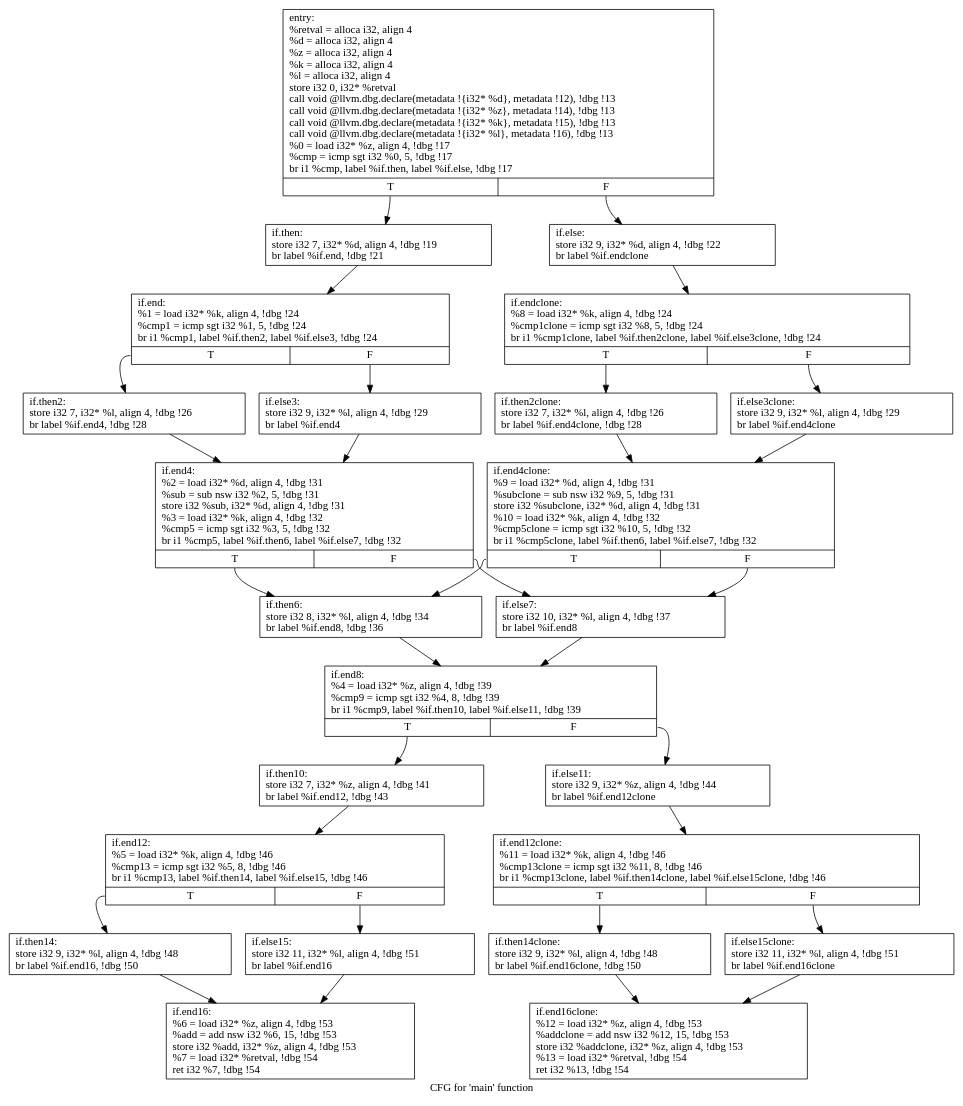
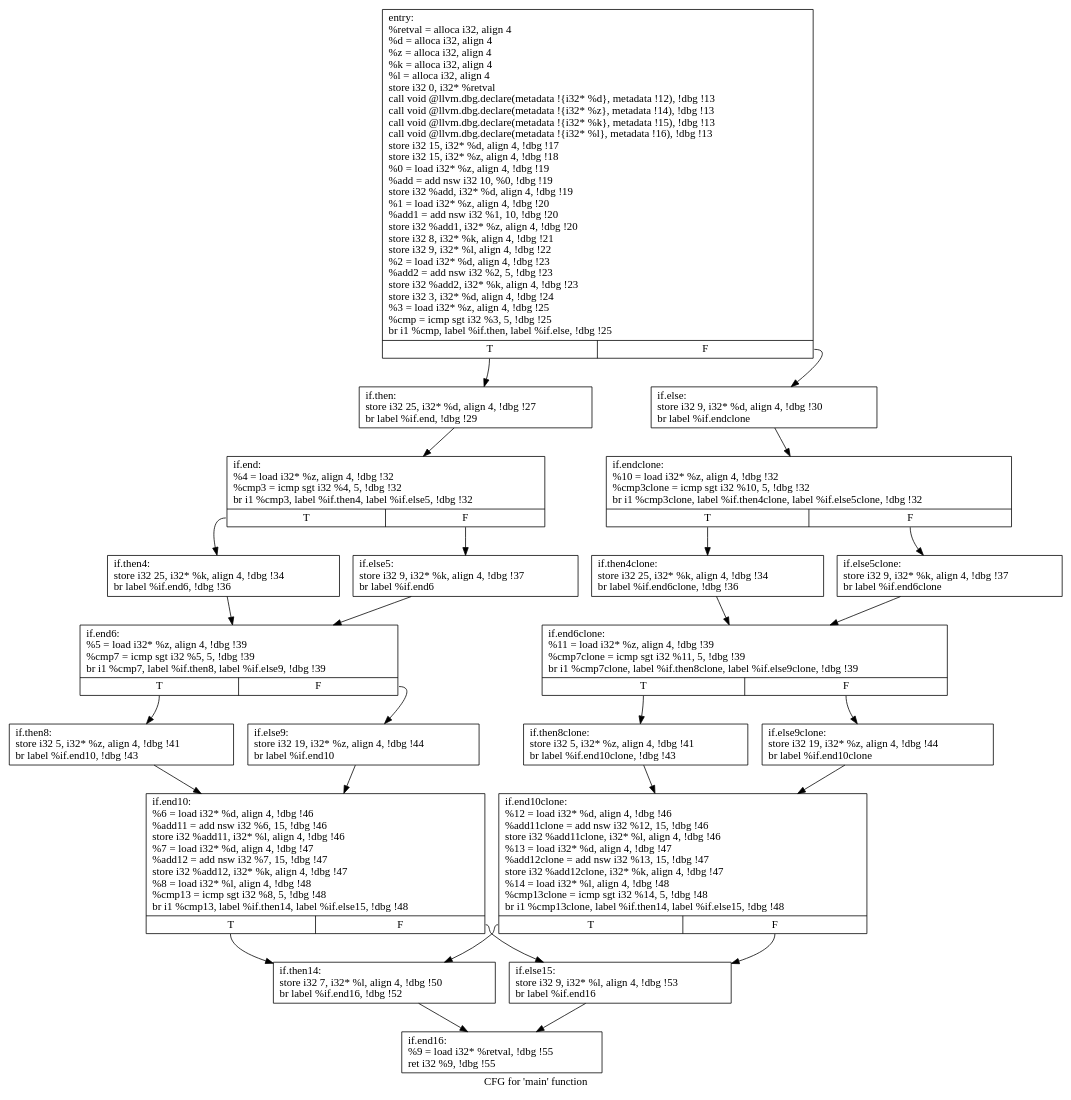
Before and after one commit to ddr2108/CS6241-Array_Bounding: the diagram in Work/Pass/Part 3/cfg.main.dot, drawn with Graphviz. The commit also changed 4 other files, not shown here.

```diff
--- a/Work/Pass/Part 3/cfg.main.dot
+++ b/Work/Pass/Part 3/cfg.main.dot
@@ -1,58 +1,50 @@
 digraph "CFG for 'main' function" {
 	label="CFG for 'main' function";
 
-	Node0x2241170 [shape=record,label="{entry:\l  %retval = alloca i32, align 4\l  %d = alloca i32, align 4\l  %z = alloca i32, align 4\l  %k = alloca i32, align 4\l  %l = alloca i32, align 4\l  store i32 0, i32* %retval\l  call void @llvm.dbg.declare(metadata !\{i32* %d\}, metadata !12), !dbg !13\l  call void @llvm.dbg.declare(metadata !\{i32* %z\}, metadata !14), !dbg !13\l  call void @llvm.dbg.declare(metadata !\{i32* %k\}, metadata !15), !dbg !13\l  call void @llvm.dbg.declare(metadata !\{i32* %l\}, metadata !16), !dbg !13\l  %0 = load i32* %z, align 4, !dbg !17\l  %cmp = icmp sgt i32 %0, 5, !dbg !17\l  br i1 %cmp, label %if.then, label %if.else, !dbg !17\l|{<s0>T|<s1>F}}"];
-	Node0x2241170:s0 -> Node0x22411d0;
-	Node0x2241170:s1 -> Node0x2241230;
-	Node0x22411d0 [shape=record,label="{if.then:                                          \l  store i32 7, i32* %d, align 4, !dbg !19\l  br label %if.end, !dbg !21\l}"];
-	Node0x22411d0 -> Node0x2241290;
-	Node0x2241230 [shape=record,label="{if.else:                                          \l  store i32 9, i32* %d, align 4, !dbg !22\l  br label %if.endclone\l}"];
-	Node0x2241230 -> Node0x225b9e0;
-	Node0x2241290 [shape=record,label="{if.end:                                           \l  %1 = load i32* %k, align 4, !dbg !24\l  %cmp1 = icmp sgt i32 %1, 5, !dbg !24\l  br i1 %cmp1, label %if.then2, label %if.else3, !dbg !24\l|{<s0>T|<s1>F}}"];
-	Node0x2241290:s0 -> Node0x22412f0;
-	Node0x2241290:s1 -> Node0x2241350;
-	Node0x22412f0 [shape=record,label="{if.then2:                                         \l  store i32 7, i32* %l, align 4, !dbg !26\l  br label %if.end4, !dbg !28\l}"];
-	Node0x22412f0 -> Node0x22413b0;
-	Node0x2241350 [shape=record,label="{if.else3:                                         \l  store i32 9, i32* %l, align 4, !dbg !29\l  br label %if.end4\l}"];
-	Node0x2241350 -> Node0x22413b0;
-	Node0x22413b0 [shape=record,label="{if.end4:                                          \l  %2 = load i32* %d, align 4, !dbg !31\l  %sub = sub nsw i32 %2, 5, !dbg !31\l  store i32 %sub, i32* %d, align 4, !dbg !31\l  %3 = load i32* %k, align 4, !dbg !32\l  %cmp5 = icmp sgt i32 %3, 5, !dbg !32\l  br i1 %cmp5, label %if.then6, label %if.else7, !dbg !32\l|{<s0>T|<s1>F}}"];
-	Node0x22413b0:s0 -> Node0x2241410;
-	Node0x22413b0:s1 -> Node0x2241470;
-	Node0x2241410 [shape=record,label="{if.then6:                                         \l  store i32 8, i32* %l, align 4, !dbg !34\l  br label %if.end8, !dbg !36\l}"];
-	Node0x2241410 -> Node0x22414d0;
-	Node0x2241470 [shape=record,label="{if.else7:                                         \l  store i32 10, i32* %l, align 4, !dbg !37\l  br label %if.end8\l}"];
-	Node0x2241470 -> Node0x22414d0;
-	Node0x22414d0 [shape=record,label="{if.end8:                                          \l  %4 = load i32* %z, align 4, !dbg !39\l  %cmp9 = icmp sgt i32 %4, 8, !dbg !39\l  br i1 %cmp9, label %if.then10, label %if.else11, !dbg !39\l|{<s0>T|<s1>F}}"];
-	Node0x22414d0:s0 -> Node0x2241530;
-	Node0x22414d0:s1 -> Node0x2241590;
-	Node0x2241530 [shape=record,label="{if.then10:                                        \l  store i32 7, i32* %z, align 4, !dbg !41\l  br label %if.end12, !dbg !43\l}"];
-	Node0x2241530 -> Node0x22415f0;
-	Node0x2241590 [shape=record,label="{if.else11:                                        \l  store i32 9, i32* %z, align 4, !dbg !44\l  br label %if.end12clone\l}"];
-	Node0x2241590 -> Node0x225c280;
-	Node0x22415f0 [shape=record,label="{if.end12:                                         \l  %5 = load i32* %k, align 4, !dbg !46\l  %cmp13 = icmp sgt i32 %5, 8, !dbg !46\l  br i1 %cmp13, label %if.then14, label %if.else15, !dbg !46\l|{<s0>T|<s1>F}}"];
-	Node0x22415f0:s0 -> Node0x2241650;
-	Node0x22415f0:s1 -> Node0x22416b0;
-	Node0x2241650 [shape=record,label="{if.then14:                                        \l  store i32 9, i32* %l, align 4, !dbg !48\l  br label %if.end16, !dbg !50\l}"];
-	Node0x2241650 -> Node0x2241710;
-	Node0x22416b0 [shape=record,label="{if.else15:                                        \l  store i32 11, i32* %l, align 4, !dbg !51\l  br label %if.end16\l}"];
-	Node0x22416b0 -> Node0x2241710;
-	Node0x2241710 [shape=record,label="{if.end16:                                         \l  %6 = load i32* %z, align 4, !dbg !53\l  %add = add nsw i32 %6, 15, !dbg !53\l  store i32 %add, i32* %z, align 4, !dbg !53\l  %7 = load i32* %retval, !dbg !54\l  ret i32 %7, !dbg !54\l}"];
-	Node0x225b9e0 [shape=record,label="{if.endclone:                                      \l  %8 = load i32* %k, align 4, !dbg !24\l  %cmp1clone = icmp sgt i32 %8, 5, !dbg !24\l  br i1 %cmp1clone, label %if.then2clone, label %if.else3clone, !dbg !24\l|{<s0>T|<s1>F}}"];
-	Node0x225b9e0:s0 -> Node0x225bca0;
-	Node0x225b9e0:s1 -> Node0x225bec0;
-	Node0x225bca0 [shape=record,label="{if.then2clone:                                    \l  store i32 7, i32* %l, align 4, !dbg !26\l  br label %if.end4clone, !dbg !28\l}"];
-	Node0x225bca0 -> Node0x225c0b0;
-	Node0x225bec0 [shape=record,label="{if.else3clone:                                    \l  store i32 9, i32* %l, align 4, !dbg !29\l  br label %if.end4clone\l}"];
-	Node0x225bec0 -> Node0x225c0b0;
-	Node0x225c0b0 [shape=record,label="{if.end4clone:                                     \l  %9 = load i32* %d, align 4, !dbg !31\l  %subclone = sub nsw i32 %9, 5, !dbg !31\l  store i32 %subclone, i32* %d, align 4, !dbg !31\l  %10 = load i32* %k, align 4, !dbg !32\l  %cmp5clone = icmp sgt i32 %10, 5, !dbg !32\l  br i1 %cmp5clone, label %if.then6, label %if.else7, !dbg !32\l|{<s0>T|<s1>F}}"];
-	Node0x225c0b0:s0 -> Node0x2241410;
-	Node0x225c0b0:s1 -> Node0x2241470;
-	Node0x225c280 [shape=record,label="{if.end12clone:                                    \l  %11 = load i32* %k, align 4, !dbg !46\l  %cmp13clone = icmp sgt i32 %11, 8, !dbg !46\l  br i1 %cmp13clone, label %if.then14clone, label %if.else15clone, !dbg !46\l|{<s0>T|<s1>F}}"];
-	Node0x225c280:s0 -> Node0x225ca70;
-	Node0x225c280:s1 -> Node0x225ccc0;
-	Node0x225ca70 [shape=record,label="{if.then14clone:                                   \l  store i32 9, i32* %l, align 4, !dbg !48\l  br label %if.end16clone, !dbg !50\l}"];
-	Node0x225ca70 -> Node0x225ceb0;
-	Node0x225ccc0 [shape=record,label="{if.else15clone:                                   \l  store i32 11, i32* %l, align 4, !dbg !51\l  br label %if.end16clone\l}"];
-	Node0x225ccc0 -> Node0x225ceb0;
-	Node0x225ceb0 [shape=record,label="{if.end16clone:                                    \l  %12 = load i32* %z, align 4, !dbg !53\l  %addclone = add nsw i32 %12, 15, !dbg !53\l  store i32 %addclone, i32* %z, align 4, !dbg !53\l  %13 = load i32* %retval, !dbg !54\l  ret i32 %13, !dbg !54\l}"];
+	Node0x34e29c0 [shape=record,label="{entry:\l  %retval = alloca i32, align 4\l  %d = alloca i32, align 4\l  %z = alloca i32, align 4\l  %k = alloca i32, align 4\l  %l = alloca i32, align 4\l  store i32 0, i32* %retval\l  call void @llvm.dbg.declare(metadata !\{i32* %d\}, metadata !12), !dbg !13\l  call void @llvm.dbg.declare(metadata !\{i32* %z\}, metadata !14), !dbg !13\l  call void @llvm.dbg.declare(metadata !\{i32* %k\}, metadata !15), !dbg !13\l  call void @llvm.dbg.declare(metadata !\{i32* %l\}, metadata !16), !dbg !13\l  store i32 15, i32* %d, align 4, !dbg !17\l  store i32 15, i32* %z, align 4, !dbg !18\l  %0 = load i32* %z, align 4, !dbg !19\l  %add = add nsw i32 10, %0, !dbg !19\l  store i32 %add, i32* %d, align 4, !dbg !19\l  %1 = load i32* %z, align 4, !dbg !20\l  %add1 = add nsw i32 %1, 10, !dbg !20\l  store i32 %add1, i32* %z, align 4, !dbg !20\l  store i32 8, i32* %k, align 4, !dbg !21\l  store i32 9, i32* %l, align 4, !dbg !22\l  %2 = load i32* %d, align 4, !dbg !23\l  %add2 = add nsw i32 %2, 5, !dbg !23\l  store i32 %add2, i32* %k, align 4, !dbg !23\l  store i32 3, i32* %d, align 4, !dbg !24\l  %3 = load i32* %z, align 4, !dbg !25\l  %cmp = icmp sgt i32 %3, 5, !dbg !25\l  br i1 %cmp, label %if.then, label %if.else, !dbg !25\l|{<s0>T|<s1>F}}"];
+	Node0x34e29c0:s0 -> Node0x34e2a20;
+	Node0x34e29c0:s1 -> Node0x34e2a80;
+	Node0x34e2a20 [shape=record,label="{if.then:                                          \l  store i32 25, i32* %d, align 4, !dbg !27\l  br label %if.end, !dbg !29\l}"];
+	Node0x34e2a20 -> Node0x34e2ae0;
+	Node0x34e2a80 [shape=record,label="{if.else:                                          \l  store i32 9, i32* %d, align 4, !dbg !30\l  br label %if.endclone\l}"];
+	Node0x34e2a80 -> Node0x34fe700;
+	Node0x34e2ae0 [shape=record,label="{if.end:                                           \l  %4 = load i32* %z, align 4, !dbg !32\l  %cmp3 = icmp sgt i32 %4, 5, !dbg !32\l  br i1 %cmp3, label %if.then4, label %if.else5, !dbg !32\l|{<s0>T|<s1>F}}"];
+	Node0x34e2ae0:s0 -> Node0x34e2b40;
+	Node0x34e2ae0:s1 -> Node0x34e2ba0;
+	Node0x34e2b40 [shape=record,label="{if.then4:                                         \l  store i32 25, i32* %k, align 4, !dbg !34\l  br label %if.end6, !dbg !36\l}"];
+	Node0x34e2b40 -> Node0x34e2c00;
+	Node0x34e2ba0 [shape=record,label="{if.else5:                                         \l  store i32 9, i32* %k, align 4, !dbg !37\l  br label %if.end6\l}"];
+	Node0x34e2ba0 -> Node0x34e2c00;
+	Node0x34e2c00 [shape=record,label="{if.end6:                                          \l  %5 = load i32* %z, align 4, !dbg !39\l  %cmp7 = icmp sgt i32 %5, 5, !dbg !39\l  br i1 %cmp7, label %if.then8, label %if.else9, !dbg !39\l|{<s0>T|<s1>F}}"];
+	Node0x34e2c00:s0 -> Node0x34e2c60;
+	Node0x34e2c00:s1 -> Node0x34e2cc0;
+	Node0x34e2c60 [shape=record,label="{if.then8:                                         \l  store i32 5, i32* %z, align 4, !dbg !41\l  br label %if.end10, !dbg !43\l}"];
+	Node0x34e2c60 -> Node0x34e2d20;
+	Node0x34e2cc0 [shape=record,label="{if.else9:                                         \l  store i32 19, i32* %z, align 4, !dbg !44\l  br label %if.end10\l}"];
+	Node0x34e2cc0 -> Node0x34e2d20;
+	Node0x34e2d20 [shape=record,label="{if.end10:                                         \l  %6 = load i32* %d, align 4, !dbg !46\l  %add11 = add nsw i32 %6, 15, !dbg !46\l  store i32 %add11, i32* %l, align 4, !dbg !46\l  %7 = load i32* %d, align 4, !dbg !47\l  %add12 = add nsw i32 %7, 15, !dbg !47\l  store i32 %add12, i32* %k, align 4, !dbg !47\l  %8 = load i32* %l, align 4, !dbg !48\l  %cmp13 = icmp sgt i32 %8, 5, !dbg !48\l  br i1 %cmp13, label %if.then14, label %if.else15, !dbg !48\l|{<s0>T|<s1>F}}"];
+	Node0x34e2d20:s0 -> Node0x34e2d80;
+	Node0x34e2d20:s1 -> Node0x34e2de0;
+	Node0x34e2d80 [shape=record,label="{if.then14:                                        \l  store i32 7, i32* %l, align 4, !dbg !50\l  br label %if.end16, !dbg !52\l}"];
+	Node0x34e2d80 -> Node0x34e2e40;
+	Node0x34e2de0 [shape=record,label="{if.else15:                                        \l  store i32 9, i32* %l, align 4, !dbg !53\l  br label %if.end16\l}"];
+	Node0x34e2de0 -> Node0x34e2e40;
+	Node0x34e2e40 [shape=record,label="{if.end16:                                         \l  %9 = load i32* %retval, !dbg !55\l  ret i32 %9, !dbg !55\l}"];
+	Node0x34fe700 [shape=record,label="{if.endclone:                                      \l  %10 = load i32* %z, align 4, !dbg !32\l  %cmp3clone = icmp sgt i32 %10, 5, !dbg !32\l  br i1 %cmp3clone, label %if.then4clone, label %if.else5clone, !dbg !32\l|{<s0>T|<s1>F}}"];
+	Node0x34fe700:s0 -> Node0x34fe9c0;
+	Node0x34fe700:s1 -> Node0x34febe0;
+	Node0x34fe9c0 [shape=record,label="{if.then4clone:                                    \l  store i32 25, i32* %k, align 4, !dbg !34\l  br label %if.end6clone, !dbg !36\l}"];
+	Node0x34fe9c0 -> Node0x34fed70;
+	Node0x34febe0 [shape=record,label="{if.else5clone:                                    \l  store i32 9, i32* %k, align 4, !dbg !37\l  br label %if.end6clone\l}"];
+	Node0x34febe0 -> Node0x34fed70;
+	Node0x34fed70 [shape=record,label="{if.end6clone:                                     \l  %11 = load i32* %z, align 4, !dbg !39\l  %cmp7clone = icmp sgt i32 %11, 5, !dbg !39\l  br i1 %cmp7clone, label %if.then8clone, label %if.else9clone, !dbg !39\l|{<s0>T|<s1>F}}"];
+	Node0x34fed70:s0 -> Node0x34ff070;
+	Node0x34fed70:s1 -> Node0x34ff2a0;
+	Node0x34ff070 [shape=record,label="{if.then8clone:                                    \l  store i32 5, i32* %z, align 4, !dbg !41\l  br label %if.end10clone, !dbg !43\l}"];
+	Node0x34ff070 -> Node0x34ff450;
+	Node0x34ff2a0 [shape=record,label="{if.else9clone:                                    \l  store i32 19, i32* %z, align 4, !dbg !44\l  br label %if.end10clone\l}"];
+	Node0x34ff2a0 -> Node0x34ff450;
+	Node0x34ff450 [shape=record,label="{if.end10clone:                                    \l  %12 = load i32* %d, align 4, !dbg !46\l  %add11clone = add nsw i32 %12, 15, !dbg !46\l  store i32 %add11clone, i32* %l, align 4, !dbg !46\l  %13 = load i32* %d, align 4, !dbg !47\l  %add12clone = add nsw i32 %13, 15, !dbg !47\l  store i32 %add12clone, i32* %k, align 4, !dbg !47\l  %14 = load i32* %l, align 4, !dbg !48\l  %cmp13clone = icmp sgt i32 %14, 5, !dbg !48\l  br i1 %cmp13clone, label %if.then14, label %if.else15, !dbg !48\l|{<s0>T|<s1>F}}"];
+	Node0x34ff450:s0 -> Node0x34e2d80;
+	Node0x34ff450:s1 -> Node0x34e2de0;
 }
```
